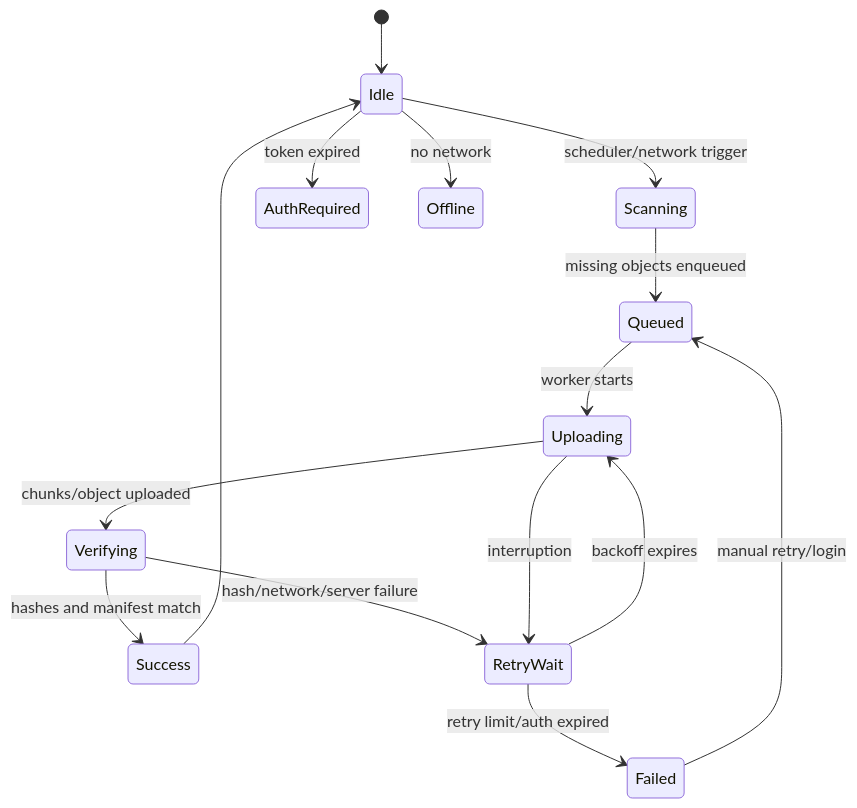
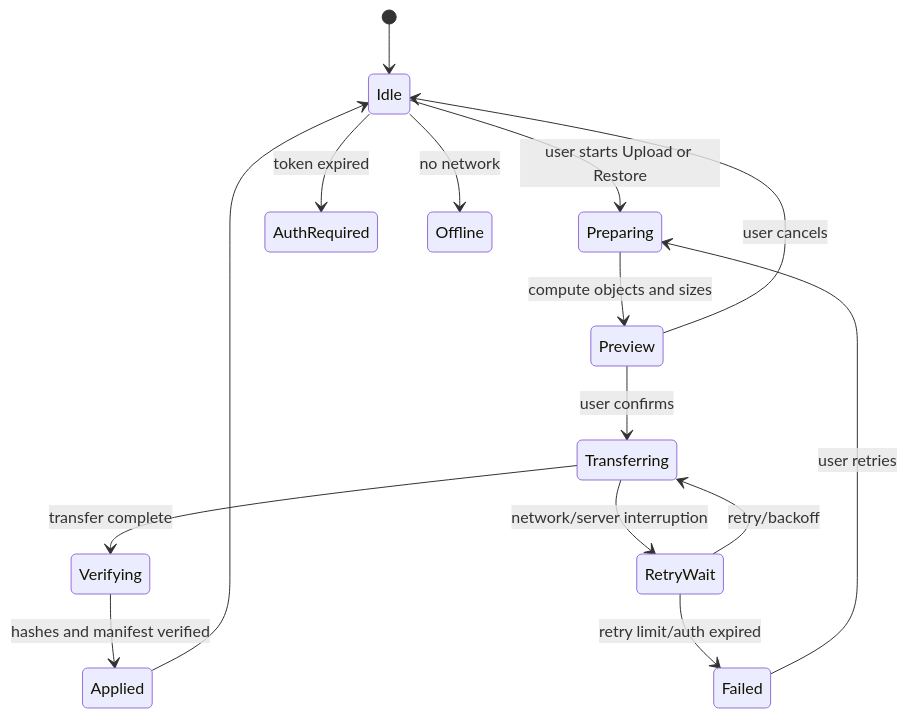
The seventh of 7 diagrams in docs/THREE_TIER_ARCHITECTURE.md (TJiangF/RaceBrick), drawn with Mermaid before and after one commit. The commit also changed other lines of this file and 2 other files, not shown here.

Commit message:
Align sync design with manual cloud and old log removal

````diff
--- a/docs/THREE_TIER_ARCHITECTURE.md
+++ b/docs/THREE_TIER_ARCHITECTURE.md
@@ -766,17 +768,17 @@
 ```mermaid
 stateDiagram-v2
     [*] --> Idle
-    Idle --> Scanning: scheduler/network trigger
-    Scanning --> Queued: missing objects enqueued
-    Queued --> Uploading: worker starts
-    Uploading --> Verifying: chunks/object uploaded
-    Verifying --> Success: hashes and manifest match
-    Verifying --> RetryWait: hash/network/server failure
-    Uploading --> RetryWait: interruption
-    RetryWait --> Uploading: backoff expires
+    Idle --> Preparing: user starts Upload or Restore
+    Preparing --> Preview: compute objects and sizes
+    Preview --> Transferring: user confirms
+    Transferring --> Verifying: transfer complete
+    Verifying --> Applied: hashes and manifest verified
+    Applied --> Idle
+    Transferring --> RetryWait: network/server interruption
+    RetryWait --> Transferring: retry/backoff
     RetryWait --> Failed: retry limit/auth expired
-    Failed --> Queued: manual retry/login
-    Success --> Idle
+    Failed --> Preparing: user retries
+    Preview --> Idle: user cancels
     Idle --> AuthRequired: token expired
     Idle --> Offline: no network
 ```
````
